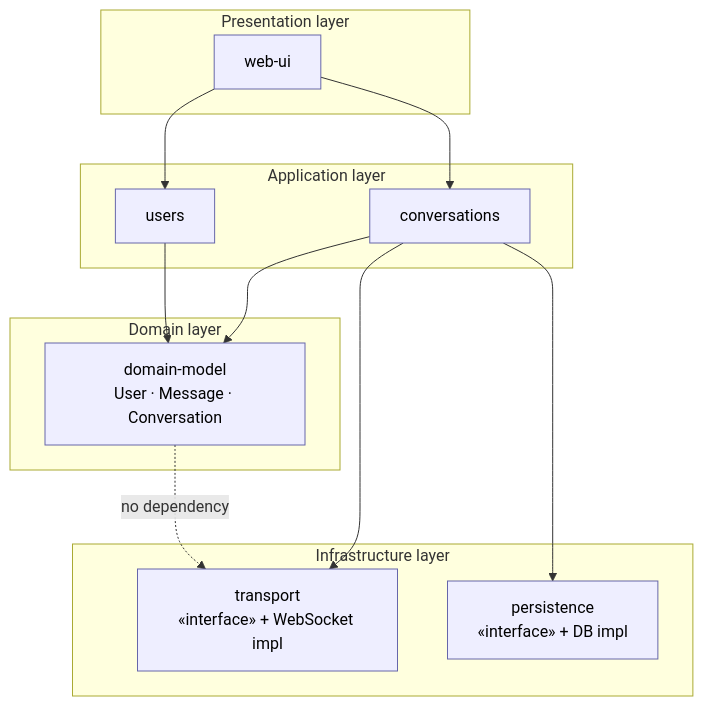
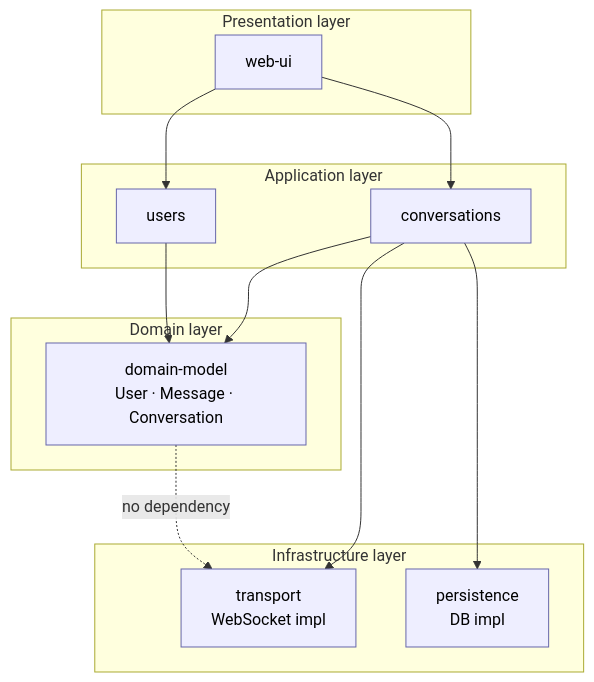
The fifth of 5 diagrams in chapters/06-design-and-architecture/README.md (vrthra/open-swe-book), drawn with Mermaid before and after one commit. The commit also changed other lines of this file and 110 other files, not shown here.

````diff
--- a/chapters/06-design-and-architecture/README.md
+++ b/chapters/06-design-and-architecture/README.md
@@ -804,26 +804,26 @@
 ```mermaid
 flowchart TB
     subgraph L1["Presentation layer"]
         WEB[web-ui]
     end
     subgraph L2["Application layer"]
         CONV[conversations]
         USERS[users]
     end
     subgraph L3["Domain layer"]
         MODEL[domain-model<br/>User · Message · Conversation]
     end
     subgraph L4["Infrastructure layer"]
-        TRANSPORT[transport<br/>«interface» + WebSocket impl]
-        PERSIST[persistence<br/>«interface» + DB impl]
+        TRANSPORT[transport<br/>WebSocket impl]
+        PERSIST[persistence<br/>DB impl]
     end
     WEB --> CONV
     WEB --> USERS
     CONV --> MODEL
     USERS --> MODEL
     CONV --> TRANSPORT
     CONV --> PERSIST
     MODEL -.->|no dependency| TRANSPORT
     classDef m fill:#eef,stroke:#66a,color:#000;
     class WEB,CONV,USERS,MODEL,TRANSPORT,PERSIST m;
 ```
````
